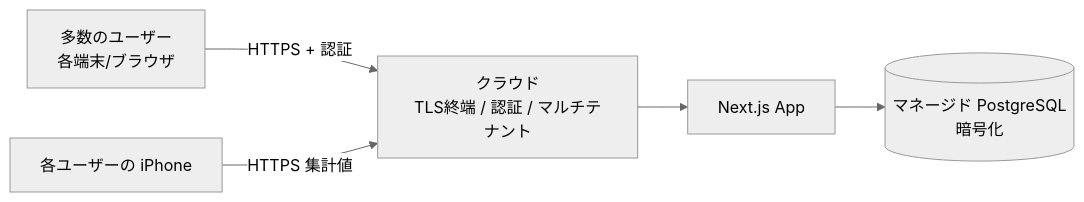
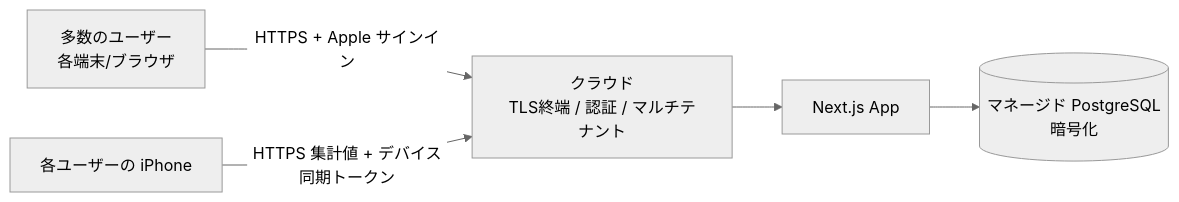
Before and after one commit to Shintaro-Abe/SubBuddy: the third of 3 diagrams in docs/architecture.md, drawn with Mermaid (neutral theme). The commit also changed other lines of this file and 67 other files, not shown here.

````diff
--- a/docs/architecture.md
+++ b/docs/architecture.md
@@ -153,7 +161,7 @@
 ```mermaid
 flowchart LR
-  Users[多数のユーザー<br/>各端末/ブラウザ] -->|HTTPS + 認証| Edge[クラウド<br/>TLS終端 / 認証 / マルチテナント]
+  Users[多数のユーザー<br/>各端末/ブラウザ] -->|HTTPS + Apple サインイン| Edge[クラウド<br/>TLS終端 / 認証 / マルチテナント]
   Edge --> App[Next.js App]
   App --> PG[(マネージド PostgreSQL<br/>暗号化)]
-  Phones[各ユーザーの iPhone] -->|HTTPS 集計値| Edge
+  Phones[各ユーザーの iPhone] -->|HTTPS 集計値 + デバイス同期トークン| Edge
 ```
````
